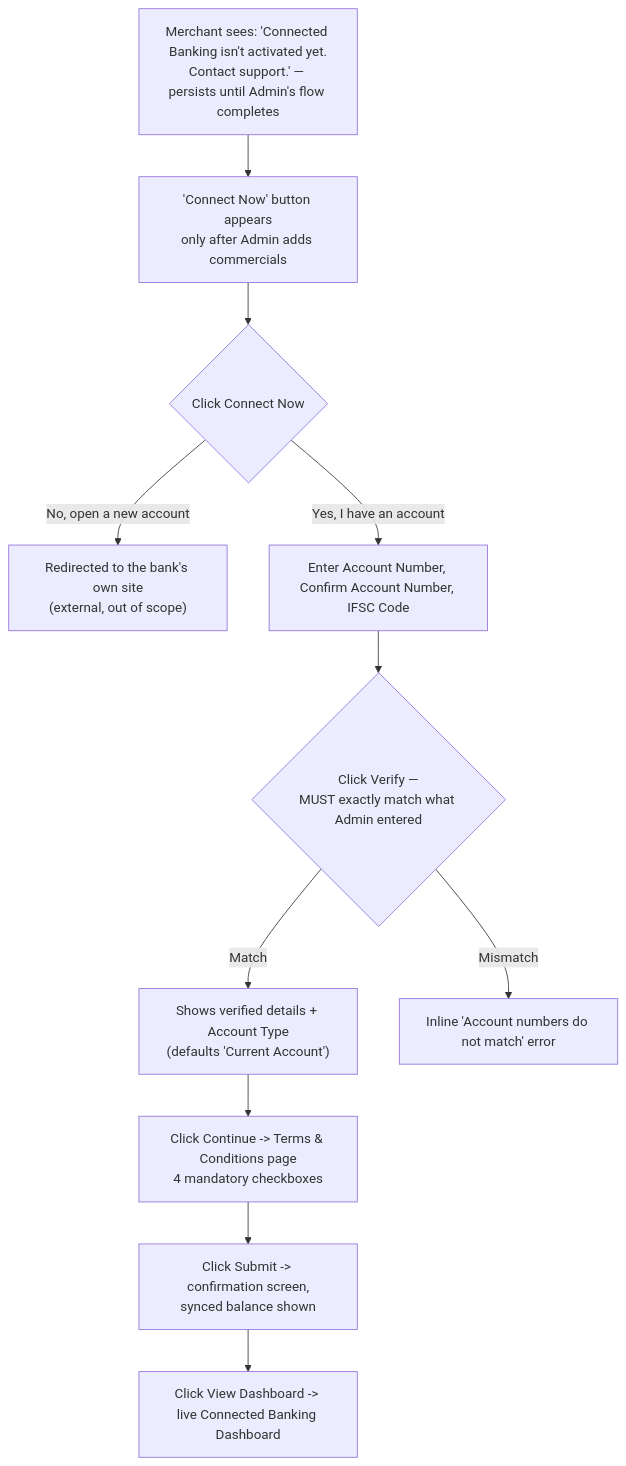
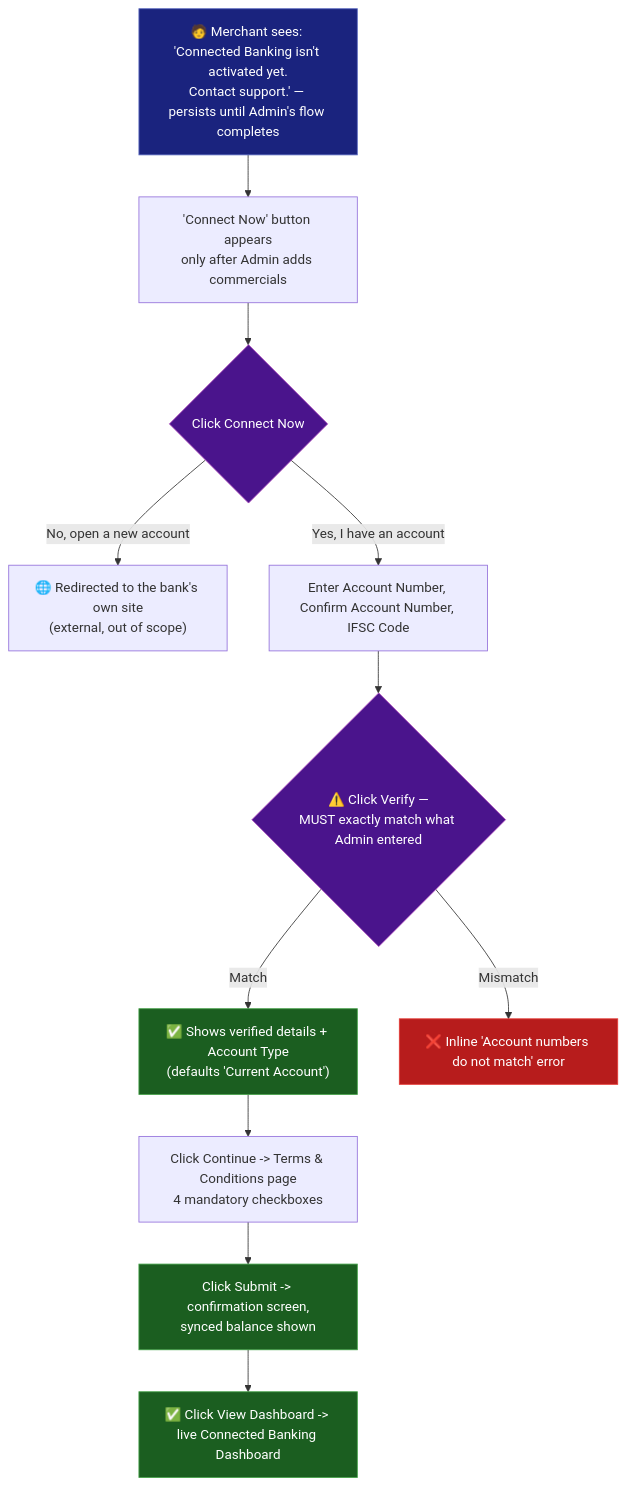
The fifth of 9 diagrams in docs/architecture-and-flow.md (ghanendra-sdet/fintech-connected-banking-platform), drawn with Mermaid before and after one commit. The commit also changed other lines of this file, not shown here.

Commit message:
docs: enhance architecture diagrams and generalize cross-repo testing insight

````diff
--- a/docs/architecture-and-flow.md
+++ b/docs/architecture-and-flow.md
@@ -96,13 +121,23 @@
 ```mermaid
 flowchart TD
-    A["Merchant sees: 'Connected Banking isn't activated yet.<br/>Contact support.' — persists until Admin's flow completes"] --> B["'Connect Now' button appears<br/>only after Admin adds commercials"]
+    A["🧑 Merchant sees: 'Connected Banking isn't activated yet.<br/>Contact support.' — persists until Admin's flow completes"] --> B["'Connect Now' button appears<br/>only after Admin adds commercials"]
     B --> C{"Click Connect Now"}
-    C -->|"No, open a new account"| Ext["Redirected to the bank's own site<br/>(external, out of scope)"]
+    C -->|"No, open a new account"| Ext["🌐 Redirected to the bank's own site<br/>(external, out of scope)"]
     C -->|"Yes, I have an account"| D["Enter Account Number, Confirm Account Number, IFSC Code"]
-    D --> E{"Click Verify —<br/>MUST exactly match what Admin entered"}
-    E -->|Match| F["Shows verified details + Account Type<br/>(defaults 'Current Account')"]
-    E -->|Mismatch| Fail["Inline 'Account numbers do not match' error"]
+    D --> E{"⚠️ Click Verify —<br/>MUST exactly match what Admin entered"}
+    E -->|Match| F["✅ Shows verified details + Account Type<br/>(defaults 'Current Account')"]
+    E -->|Mismatch| Fail["❌ Inline 'Account numbers do not match' error"]
     F --> G["Click Continue -> Terms & Conditions page<br/>4 mandatory checkboxes"]
     G --> H["Click Submit -> confirmation screen,<br/>synced balance shown"]
-    H --> I["Click View Dashboard -> live Connected Banking Dashboard"]
+    H --> I["✅ Click View Dashboard -> live Connected Banking Dashboard"]
+
+    classDef person fill:#1a237e,color:#fff,stroke:#5c6bc0,stroke-width:1px
+    classDef gate fill:#4a148c,color:#fff,stroke:#ab47bc,stroke-width:1px
+    classDef good fill:#1b5e20,color:#fff,stroke:#43a047,stroke-width:1px
+    classDef bad fill:#b71c1c,color:#fff,stroke:#e53935,stroke-width:1px
+
+    class A person
+    class C,E gate
+    class F,H,I good
+    class Fail bad
 ```
````
